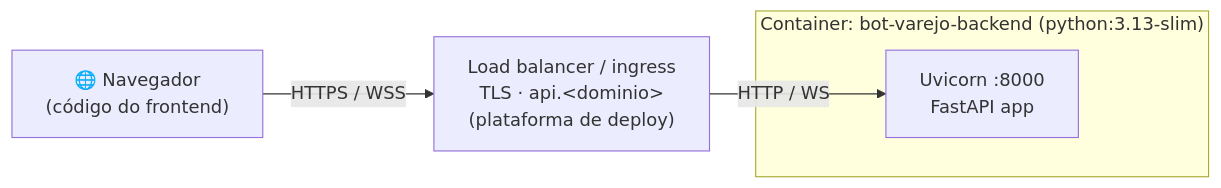
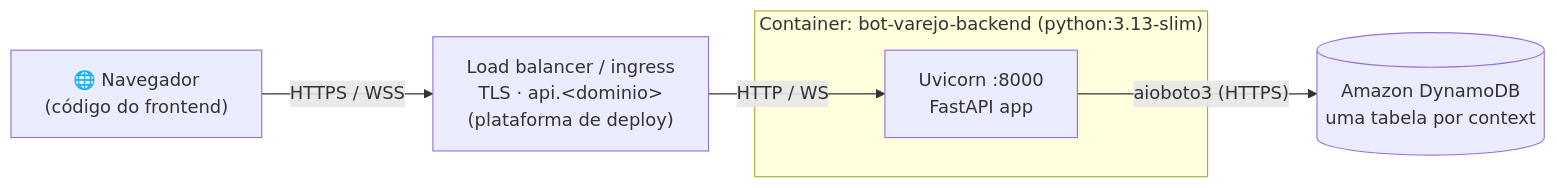
Before and after one commit to oseasmoreto/bot-chat: the second of 7 diagrams in backend/docs/01-arquitetura.md, drawn with Mermaid. The commit also changed other lines of this file and 20 other files, not shown here.

````diff
--- a/backend/docs/01-arquitetura.md
+++ b/backend/docs/01-arquitetura.md
@@ -31,9 +31,10 @@
 ```mermaid
 flowchart LR
     browser["🌐 Navegador<br/>(código do frontend)"]
     lb["Load balancer / ingress<br/>TLS · api.&lt;dominio&gt;<br/>(plataforma de deploy)"]
     subgraph c["Container: bot-varejo-backend (python:3.13-slim)"]
         uv["Uvicorn :8000<br/>FastAPI app"]
     end
     browser -->|"HTTPS / WSS"| lb -->|"HTTP / WS"| uv
+    uv -->|"aioboto3 (HTTPS)"| ddb[("Amazon DynamoDB<br/>uma tabela por context")]
 ```
````
